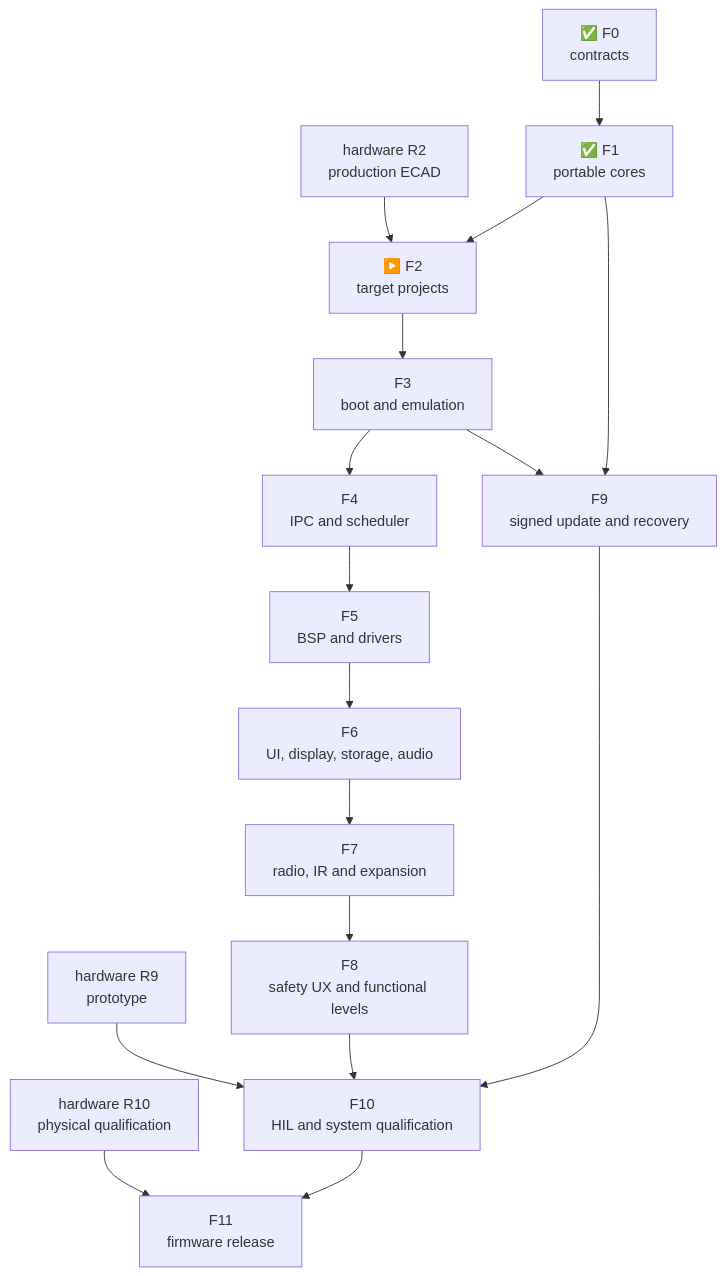
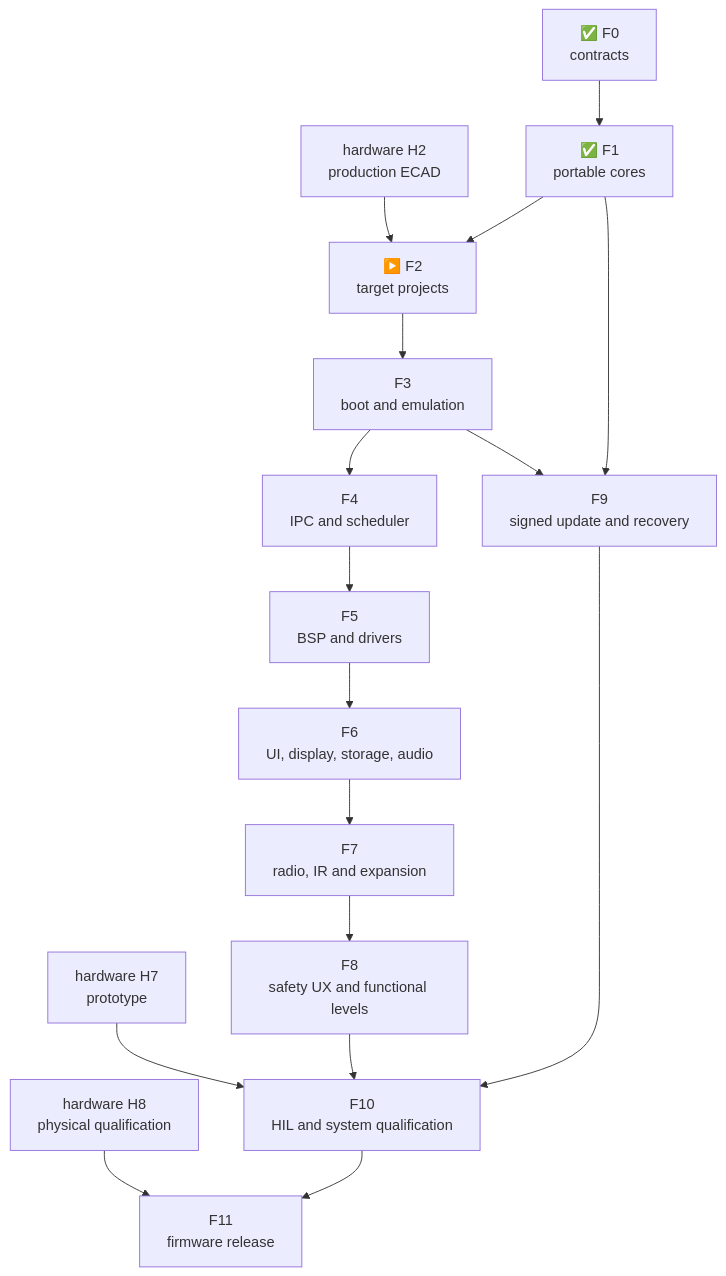
One commit to anton-vinogradov/esp32-leshy2-firmware changed the diagram in docs/roadmap.md. Above: the diagram before and after it, drawn with Mermaid. The commit also changed other lines of this file and 4 other files, not shown here.

Commit message:
Align firmware roadmap with hardware stages

````diff
--- a/docs/roadmap.md
+++ b/docs/roadmap.md
@@ -34,25 +34,25 @@
 ```mermaid
 flowchart TD
-  H2["hardware R2<br/>production ECAD"]
-  H9["hardware R9<br/>prototype"]
-  H10["hardware R10<br/>physical qualification"]
+  H2["hardware H2<br/>production ECAD"]
+  H7["hardware H7<br/>prototype"]
+  H8["hardware H8<br/>physical qualification"]
   F0["✅ F0<br/>contracts"]
   F1["✅ F1<br/>portable cores"]
   F2["▶️ F2<br/>target projects"]
   F3["F3<br/>boot and emulation"]
   F4["F4<br/>IPC and scheduler"]
   F5["F5<br/>BSP and drivers"]
   F6["F6<br/>UI, display, storage, audio"]
   F7["F7<br/>radio, IR and expansion"]
   F8["F8<br/>safety UX and functional levels"]
   F9["F9<br/>signed update and recovery"]
   F10["F10<br/>HIL and system qualification"]
   F11["F11<br/>firmware release"]
 
   F0 --> F1 --> F2 --> F3 --> F4 --> F5 --> F6 --> F7 --> F8 --> F10 --> F11
   F1 --> F9
   F3 --> F9 --> F10
   H2 --> F2
-  H9 --> F10
-  H10 --> F11
+  H7 --> F10
+  H8 --> F11
 ```
````
